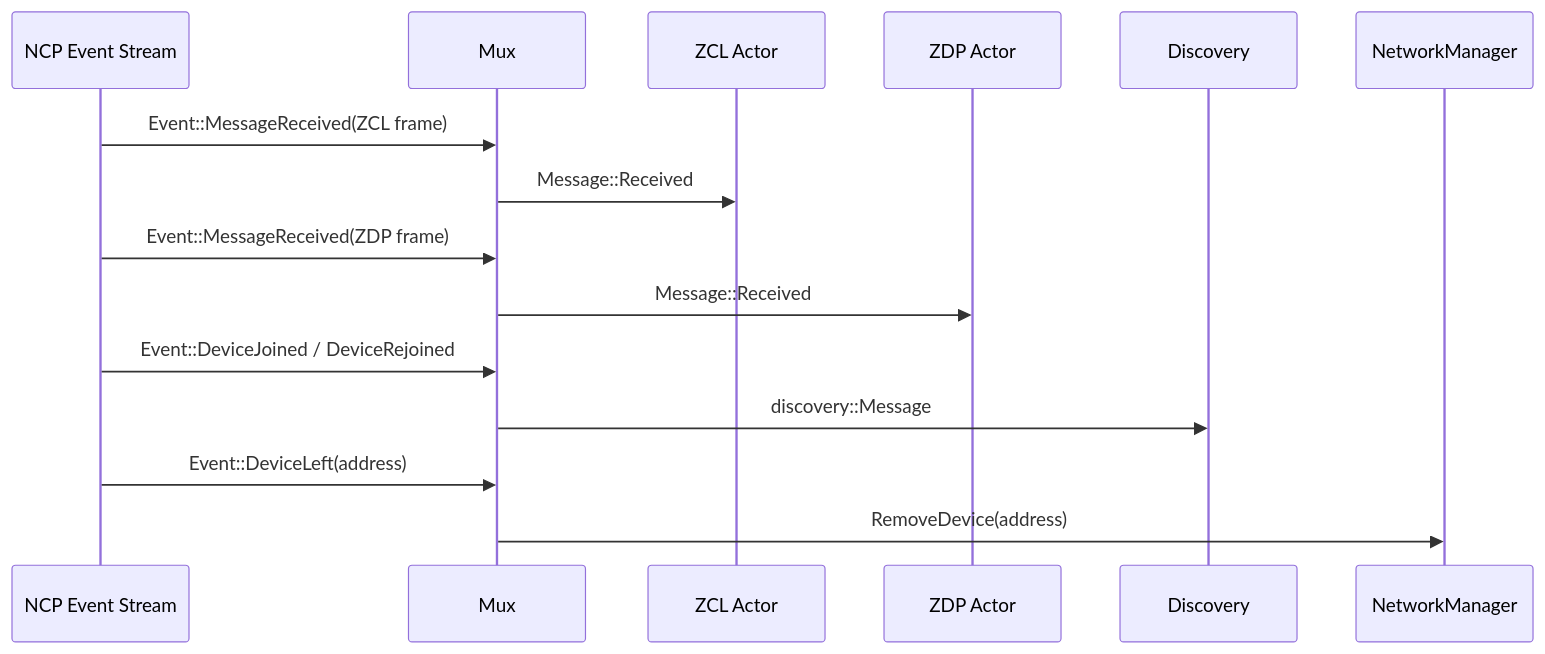
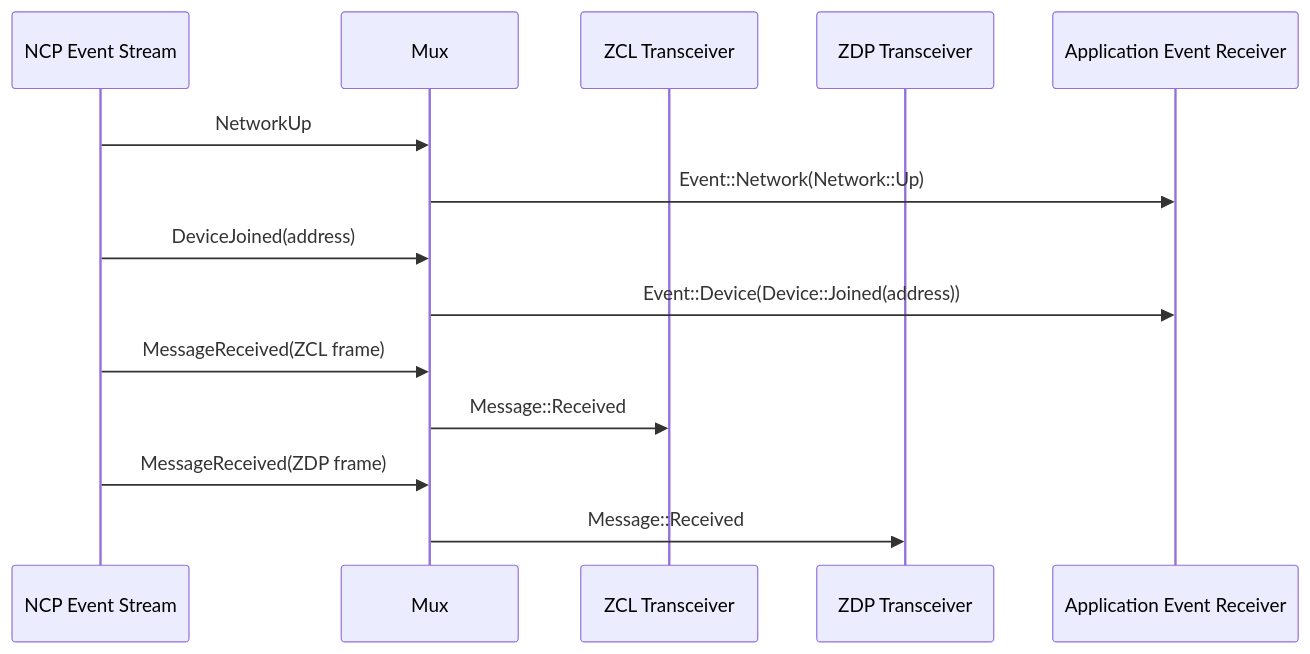
One commit to PaulmannLighting/apis-saltans changed the third of 7 diagrams in coordinator/ARCHITECTURE.md. Above: the diagram before and after it, drawn with Mermaid. The commit also changed other lines of this file and 9 other files, not shown here.

````diff
--- a/coordinator/ARCHITECTURE.md
+++ b/coordinator/ARCHITECTURE.md
@@ -224,21 +175,20 @@
 ```mermaid
 sequenceDiagram
     participant HW as NCP Event Stream
     participant M as Mux
-    participant ZCL as ZCL Actor
-    participant ZDP as ZDP Actor
-    participant D as Discovery
-    participant NM as NetworkManager
+    participant ZCL as ZCL Transceiver
+    participant ZDP as ZDP Transceiver
+    participant APP as Application Event Receiver
 
-    HW->>M: Event::MessageReceived(ZCL frame)
+    HW->>M: NetworkUp
+    M->>APP: Event::Network(Network::Up)
+
+    HW->>M: DeviceJoined(address)
+    M->>APP: Event::Device(Device::Joined(address))
+
+    HW->>M: MessageReceived(ZCL frame)
     M->>ZCL: Message::Received
 
-    HW->>M: Event::MessageReceived(ZDP frame)
+    HW->>M: MessageReceived(ZDP frame)
     M->>ZDP: Message::Received
-
-    HW->>M: Event::DeviceJoined / DeviceRejoined
-    M->>D: discovery::Message
-
-    HW->>M: Event::DeviceLeft(address)
-    M->>NM: RemoveDevice(address)
 ```
````
